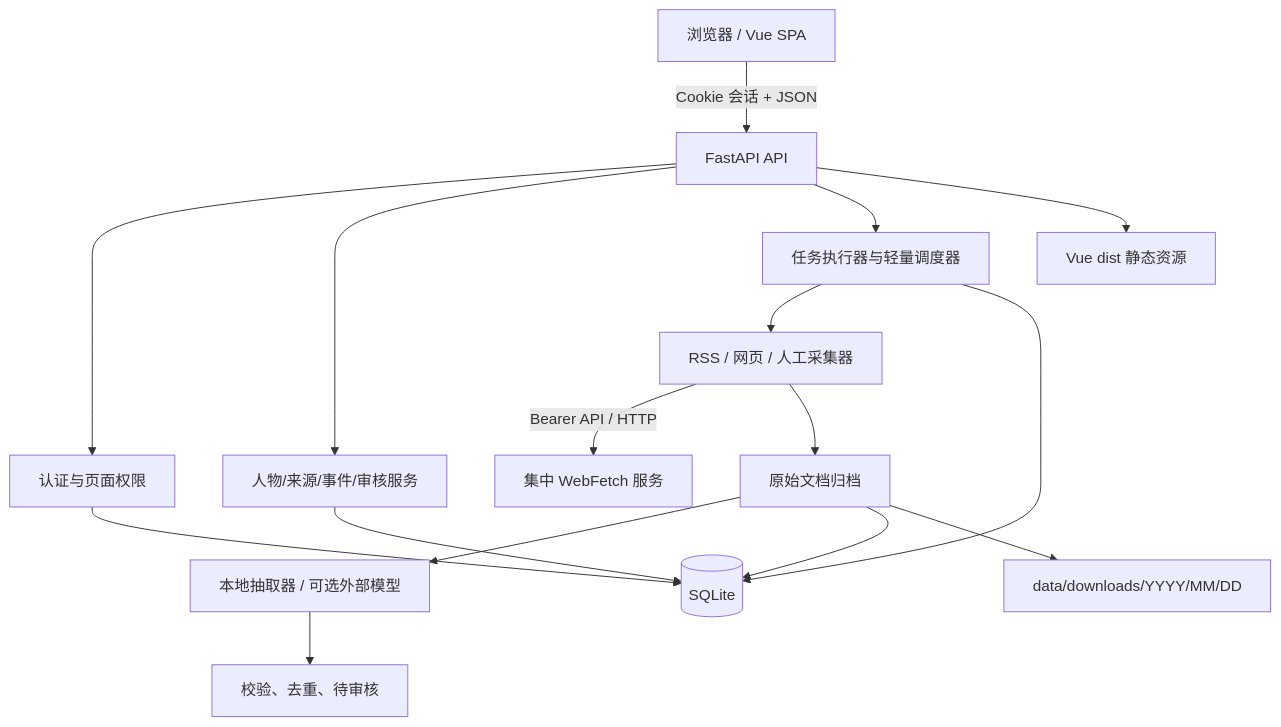
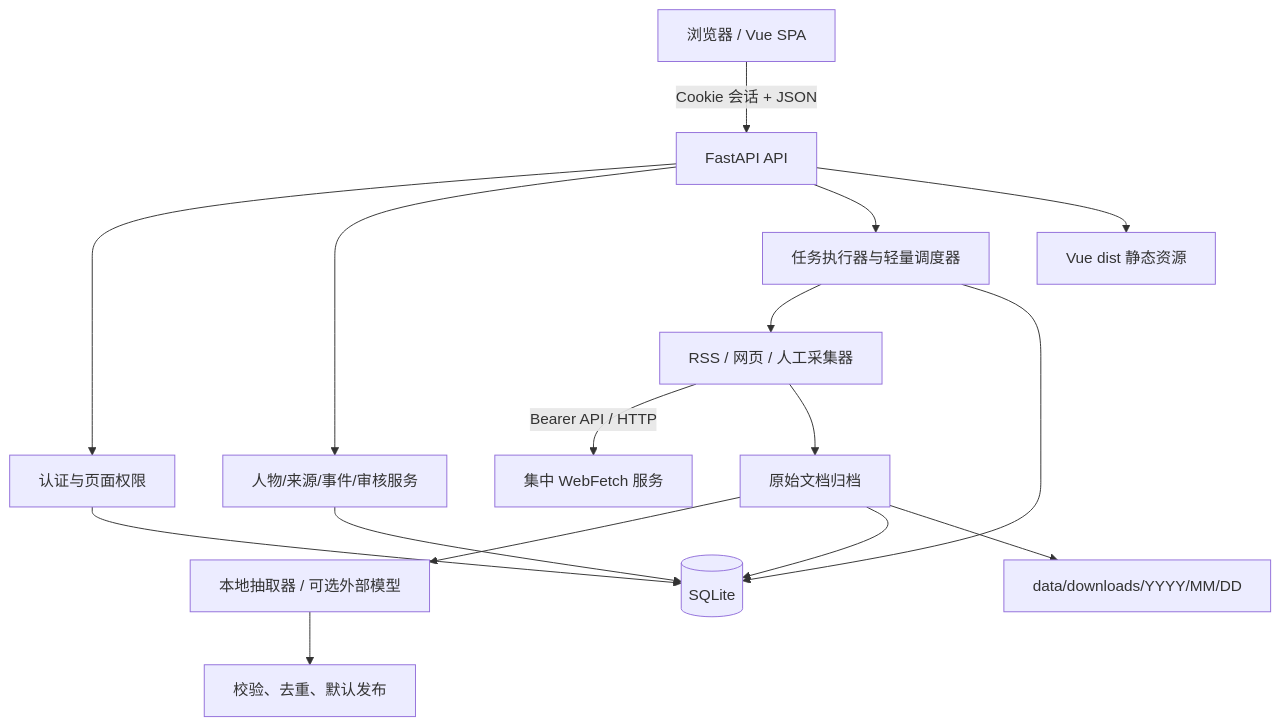
Before and after one commit to yuan-xin-9997/PublicFiguresTrackingSystem: the first of 2 diagrams in 系统设计说明书.md, drawn with Mermaid. The commit also changed other lines of this file and 20 other files, not shown here.

Commit message:
Remove event review flow

````diff
--- a/系统设计说明书.md
+++ b/系统设计说明书.md
@@ -38,18 +38,18 @@
 ```mermaid
 flowchart TB
     U["浏览器 / Vue SPA"] -->|"Cookie 会话 + JSON"| API["FastAPI API"]
     API --> AUTH["认证与页面权限"]
     API --> APP["人物/来源/事件/审核服务"]
     API --> TASK["任务执行器与轻量调度器"]
     TASK --> COL["RSS / 网页 / 人工采集器"]
     COL -->|"Bearer API / HTTP"| WF["集中 WebFetch 服务"]
     COL --> RAW["原始文档归档"]
     RAW --> EXT["本地抽取器 / 可选外部模型"]
-    EXT --> MERGE["校验、去重、待审核"]
+    EXT --> MERGE["校验、去重、默认发布"]
     AUTH --> DB[("SQLite")]
     APP --> DB
     TASK --> DB
     RAW --> DB
     RAW --> FILES["data/downloads/YYYY/MM/DD"]
     API --> STATIC["Vue dist 静态资源"]
 ```
````
